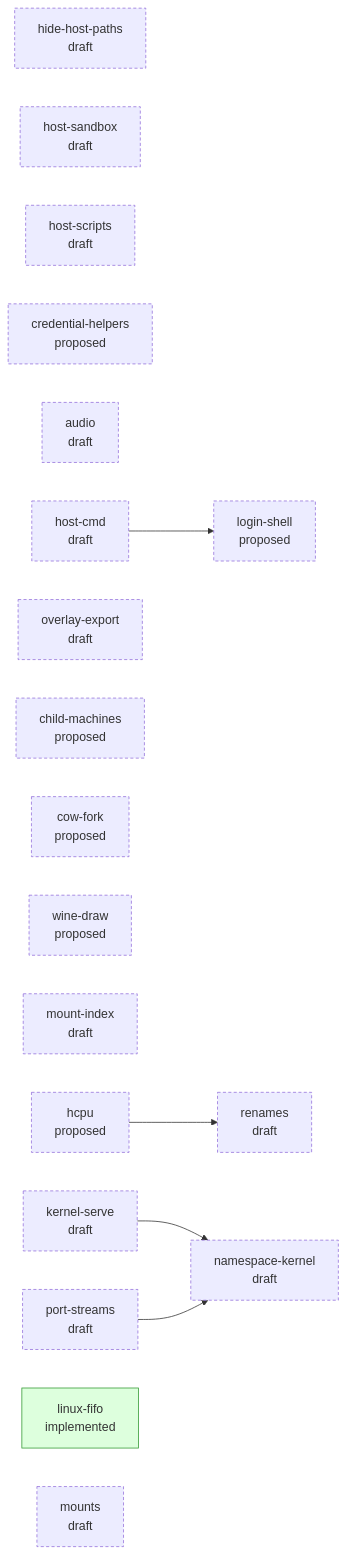
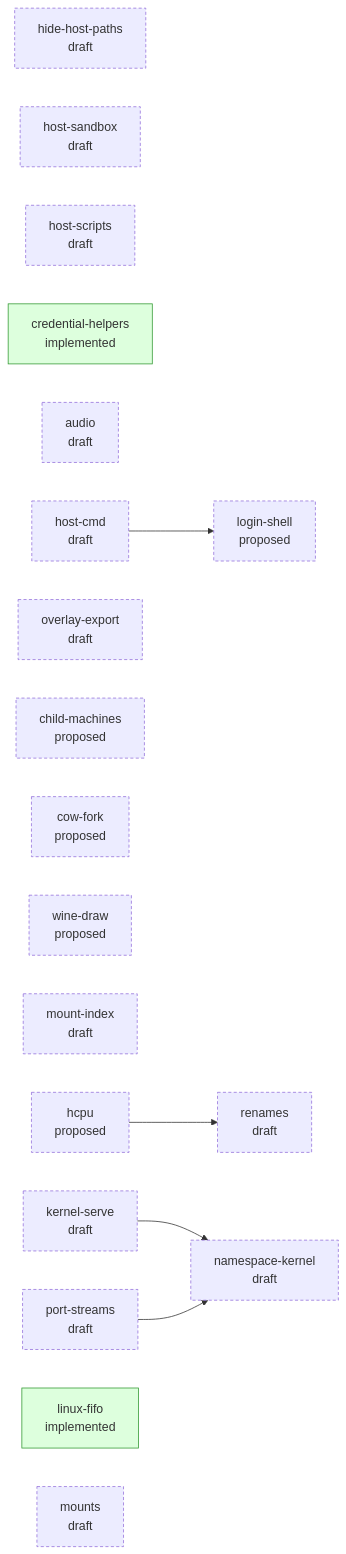
The diagram in design/STATUS.md (progrium/hyper9), drawn with Mermaid before and after one commit. The commit also changed other lines of this file, not shown here.

````diff
--- a/design/STATUS.md
+++ b/design/STATUS.md
@@ -29,30 +29,30 @@
 ```mermaid
 flowchart LR
   classDef draft stroke-dasharray: 4 3
   classDef accepted stroke-width: 2px
   classDef implemented fill:#dfd,stroke:#393
   classDef closed fill:#eee,stroke:#999,color:#777
   p_hide_host_paths["hide-host-paths<br/>draft"]:::draft
   p_host_sandbox["host-sandbox<br/>draft"]:::draft
   p_host_scripts["host-scripts<br/>draft"]:::draft
-  p_credential_helpers["credential-helpers<br/>proposed"]:::draft
+  p_credential_helpers["credential-helpers<br/>implemented"]:::implemented
   p_audio["audio<br/>draft"]:::draft
   p_host_cmd["host-cmd<br/>draft"]:::draft
   p_overlay_export["overlay-export<br/>draft"]:::draft
   p_login_shell["login-shell<br/>proposed"]:::draft
   p_child_machines["child-machines<br/>proposed"]:::draft
   p_cow_fork["cow-fork<br/>proposed"]:::draft
   p_wine_draw["wine-draw<br/>proposed"]:::draft
   p_mount_index["mount-index<br/>draft"]:::draft
   p_hcpu["hcpu<br/>proposed"]:::draft
   p_kernel_serve["kernel-serve<br/>draft"]:::draft
   p_namespace_kernel["namespace-kernel<br/>draft"]:::draft
   p_port_streams["port-streams<br/>draft"]:::draft
   p_linux_fifo["linux-fifo<br/>implemented"]:::implemented
   p_mounts["mounts<br/>draft"]:::draft
   p_renames["renames<br/>draft"]:::draft
   p_host_cmd --> p_login_shell
   p_kernel_serve --> p_namespace_kernel
   p_port_streams --> p_namespace_kernel
   p_hcpu --> p_renames
 ```
````
